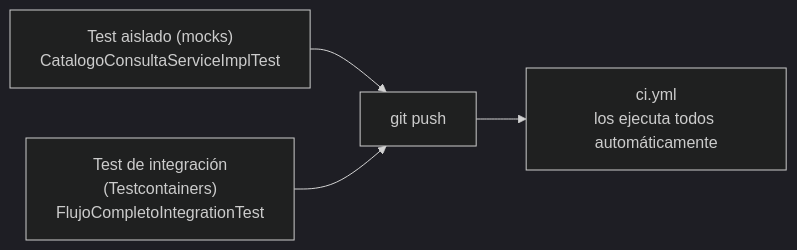
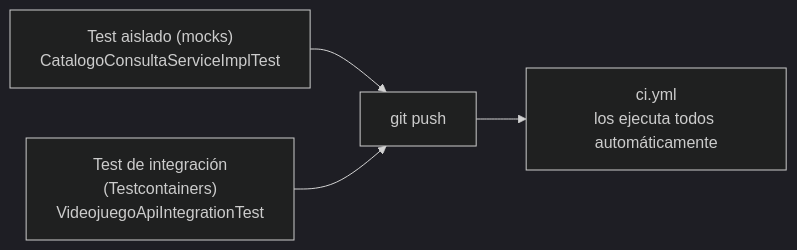
Before and after one commit to aitorventura/acceso-a-datos: the second of 2 diagrams in docs/tema4/integracion-y-pruebas.md, drawn with Mermaid (dark theme). The commit also changed other lines of this file and 1 other file, not shown here.

First line of the commit message:
WIP: rediseña integración y pruebas (Tema 4) para no repetir containers ya construidos

````diff
--- a/docs/tema4/integracion-y-pruebas.md
+++ b/docs/tema4/integracion-y-pruebas.md
@@ -90,6 +115,6 @@
 ```mermaid
 flowchart LR
     A["Test aislado (mocks)<br/>CatalogoConsultaServiceImplTest"] --> C["git push"]
-    B["Test de integración<br/>(Testcontainers)<br/>FlujoCompletoIntegrationTest"] --> C
+    B["Test de integración<br/>(Testcontainers)<br/>VideojuegoApiIntegrationTest"] --> C
     C --> D["ci.yml<br/>los ejecuta todos automáticamente"]
 ```
````
